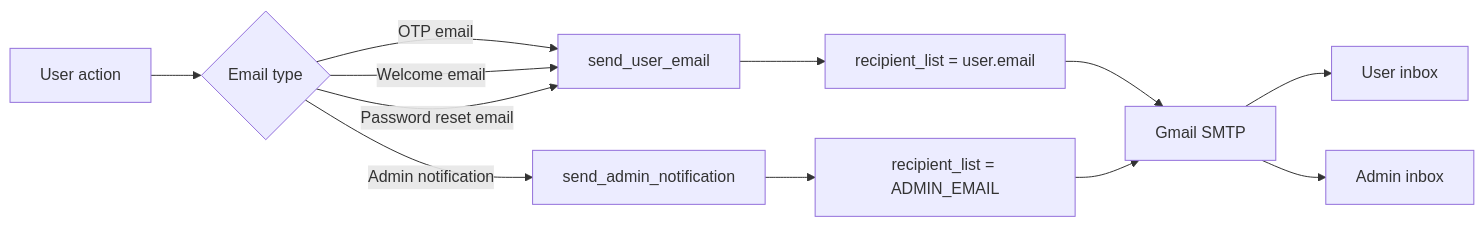
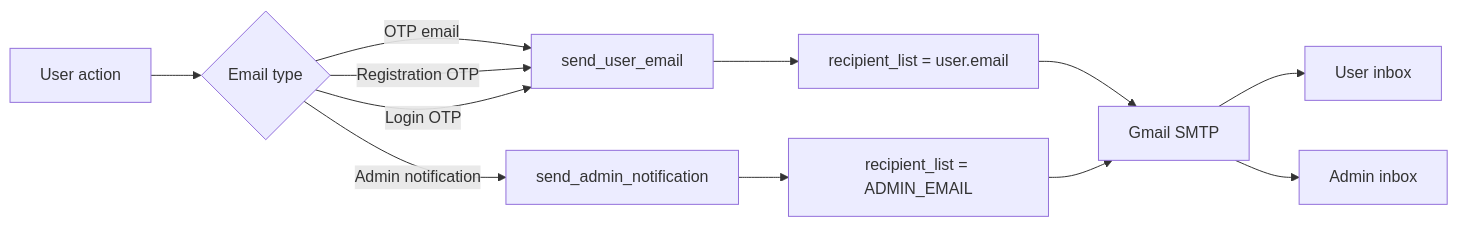
One commit to sridharSTR/OPTIMUS-AI-Assistant changed the sixth of 8 diagrams in README.md. Above: the diagram before and after it, drawn with Mermaid. The commit also changed other lines of this file and 33 other files, not shown here.

````diff
--- a/README.md
+++ b/README.md
@@ -1021,15 +1077,15 @@
 ```mermaid
 flowchart LR
     A[User action] --> B{Email type}
     B -->|OTP email| C[send_user_email]
-    B -->|Welcome email| C
-    B -->|Password reset email| C
+    B -->|Registration OTP| C
+    B -->|Login OTP| C
     C --> D[recipient_list = user.email]
     D --> E[Gmail SMTP]
     E --> F[User inbox]
 
     B -->|Admin notification| G[send_admin_notification]
     G --> H[recipient_list = ADMIN_EMAIL]
     H --> E
     E --> I[Admin inbox]
 ```
````
